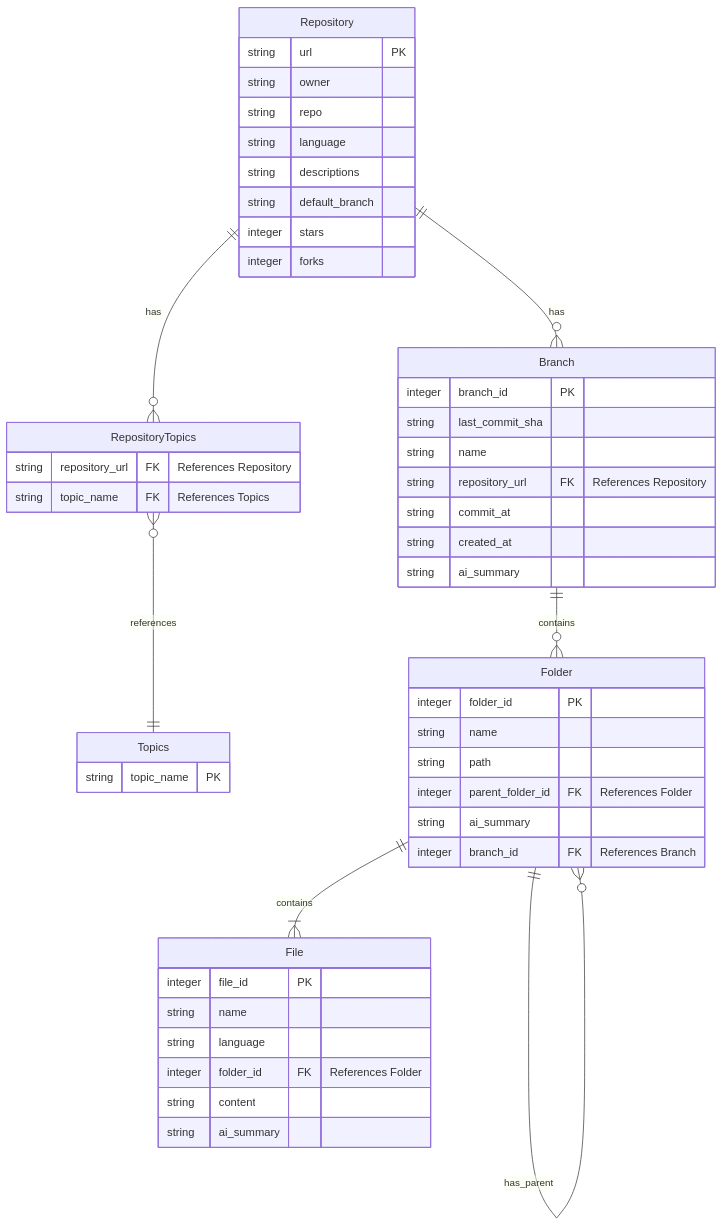
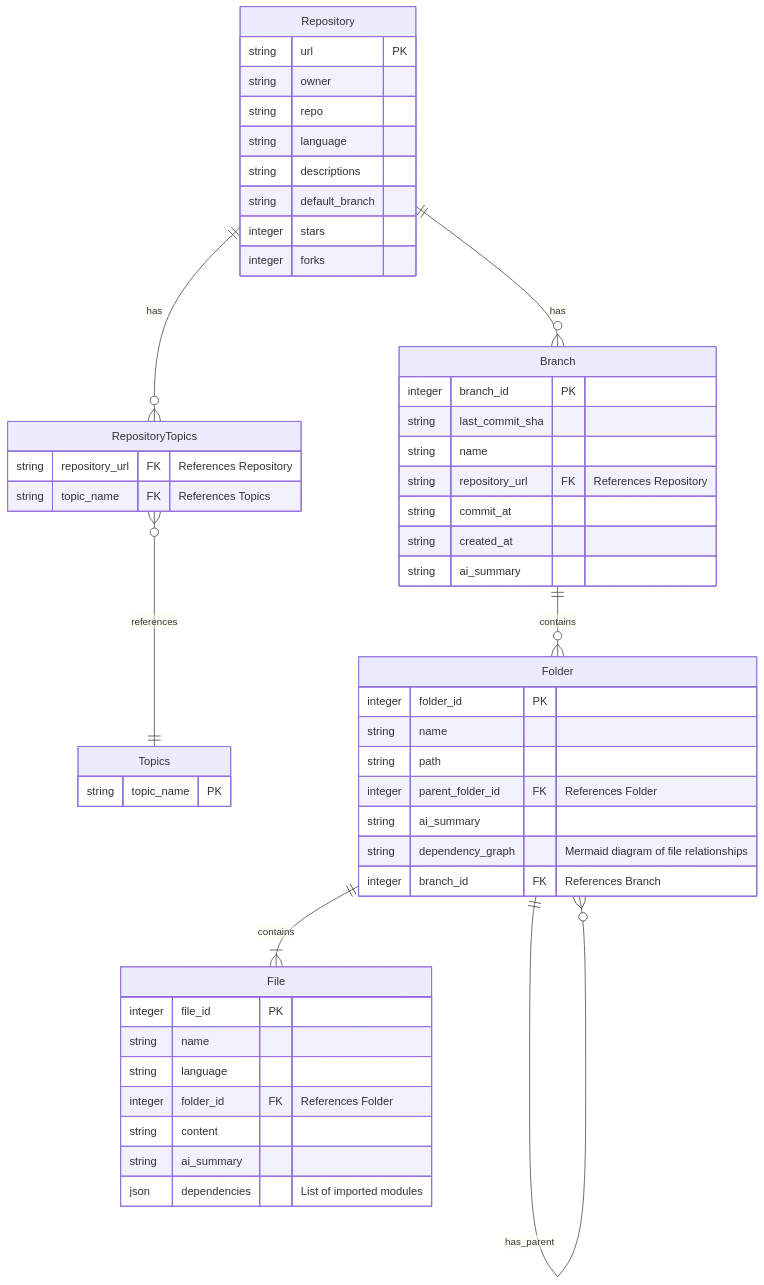
Before and after one commit to daeisbae/open-repo-wiki: the diagram in docs/README.md, drawn with Mermaid. The commit also changed 1 other file, not shown here.

Commit message:
v2.0 docs update

````diff
--- a/docs/README.md
+++ b/docs/README.md
@@ -223,57 +223,59 @@
 ```mermaid
 erDiagram
     Repository {
         string url PK
         string owner
         string repo
         string language
         string descriptions
         string default_branch
         integer stars
         integer forks
     }
 
     Topics {
         string topic_name PK
     }
 
     RepositoryTopics {
 	    string repository_url FK "References Repository"
 	    string topic_name FK "References Topics"
     }
 
     Branch {
         integer branch_id PK
         string last_commit_sha
         string name
         string repository_url FK "References Repository"
         string commit_at
         string created_at
         string ai_summary
     }
 
     Folder {
         integer folder_id PK
         string name
         string path
         integer parent_folder_id FK "References Folder"
         string ai_summary
+        string dependency_graph "Mermaid diagram of file relationships"
         integer branch_id FK "References Branch"
     }
 
     File {
 		    integer file_id PK
         string name
         string language
         integer folder_id FK "References Folder"
         string content
         string ai_summary
+        json dependencies "List of imported modules"
     }
 
     Repository ||--o{ Branch : has
     Repository ||--o{ RepositoryTopics : has
     RepositoryTopics }o--|| Topics : references
     Branch ||--o{ Folder : contains
     Folder ||--o{ Folder : has_parent
     Folder ||--|{ File : contains
 ```
````
